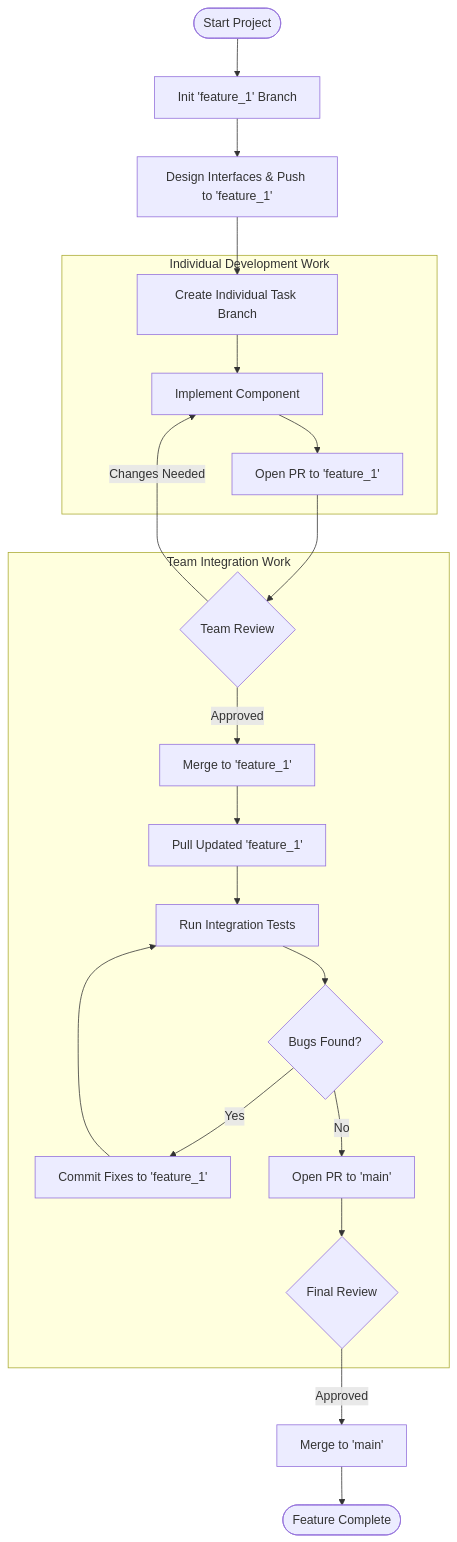
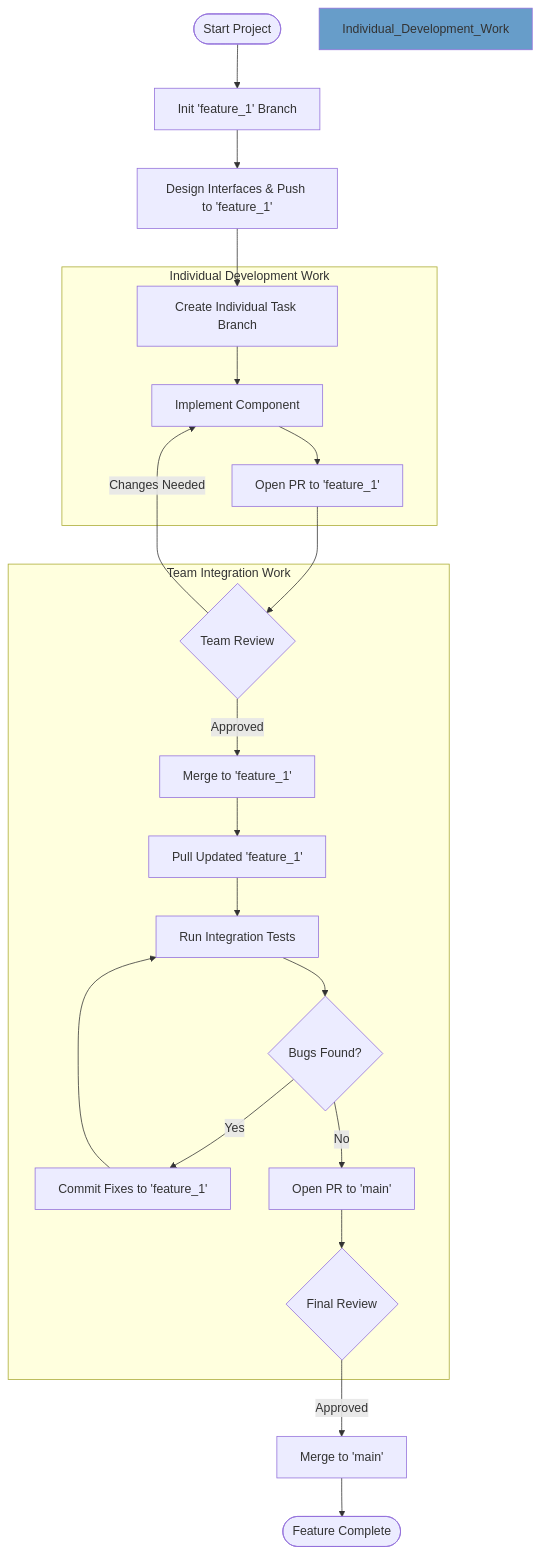
The first of 2 diagrams in README.md (cse4504-wustl/workflow), drawn with Mermaid before and after one commit.

Commit message:
Update README with development workflow details
Added a section for the development workflow and updated the git graph.

````diff
--- a/README.md
+++ b/README.md
@@ -2,27 +2,29 @@
 ```mermaid
 flowchart TD
     Start([Start Project]) --> InitFeature[Init 'feature_1' Branch]
     InitFeature --> Design[Design Interfaces & Push to 'feature_1']
     Design --> BranchInd[Create Individual Task Branch]
 
     subgraph Individual Development Work
     BranchInd --> Implement[Implement Component]
     Implement --> PR_Ind[Open PR to 'feature_1']
     end
 
     subgraph Team Integration Work
     Review_Ind -- Changes Needed --> Implement
     PR_Ind --> Review_Ind{Team Review}
     Review_Ind -- Approved --> Merge_Ind[Merge to 'feature_1']    
     Merge_Ind --> Pull[Pull Updated 'feature_1']
     Pull --> Test[Run Integration Tests]
     Test --> Fix{Bugs Found?}
     Fix -- Yes --> FixCommit[Commit Fixes to 'feature_1']
     FixCommit --> Test
     Fix -- No --> FinalPR[Open PR to 'main']
     FinalPR --> Review_Final{Final Review}
     end
 
     Review_Final -- Approved --> MainMerge[Merge to 'main']
     MainMerge --> Done([Feature Complete])
+
+    style Individual_Development_Work fill:#679DC9
 ```
````
